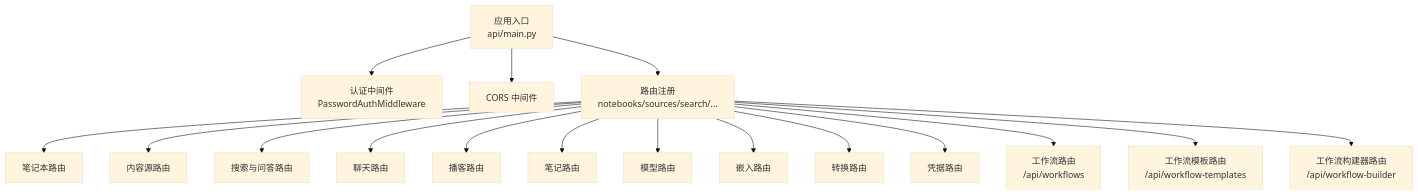
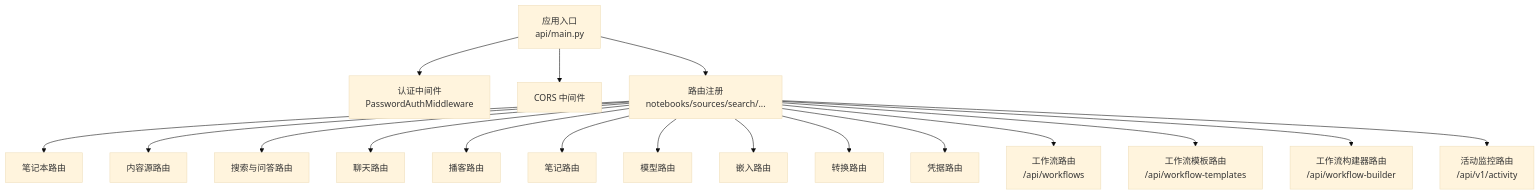
Before and after one commit to jackeyunjie/open-notebook: the first of 4 diagrams in .qoder/repowiki/zh/content/API参考文档/API参考文档.md, drawn with Mermaid (base theme). The commit also changed other lines of this file and 51 other files, not shown here.

````diff
--- a/.qoder/repowiki/zh/content/API参考文档/API参考文档.md
+++ b/.qoder/repowiki/zh/content/API参考文档/API参考文档.md
@@ -56,19 +58,20 @@
 ```mermaid
 graph TB
 A["应用入口<br/>api/main.py"] --> B["认证中间件<br/>PasswordAuthMiddleware"]
 A --> C["CORS 中间件"]
 A --> D["路由注册<br/>notebooks/sources/search/..."]
 D --> D1["笔记本路由"]
 D --> D2["内容源路由"]
 D --> D3["搜索与问答路由"]
 D --> D4["聊天路由"]
 D --> D5["播客路由"]
 D --> D6["笔记路由"]
 D --> D7["模型路由"]
 D --> D8["嵌入路由"]
 D --> D9["转换路由"]
 D --> D10["凭据路由"]
 D --> D11["工作流路由<br/>/api/workflows"]
 D --> D12["工作流模板路由<br/>/api/workflow-templates"]
 D --> D13["工作流构建器路由<br/>/api/workflow-builder"]
+D --> D14["活动监控路由<br/>/api/v1/activity"]
 ```
````
